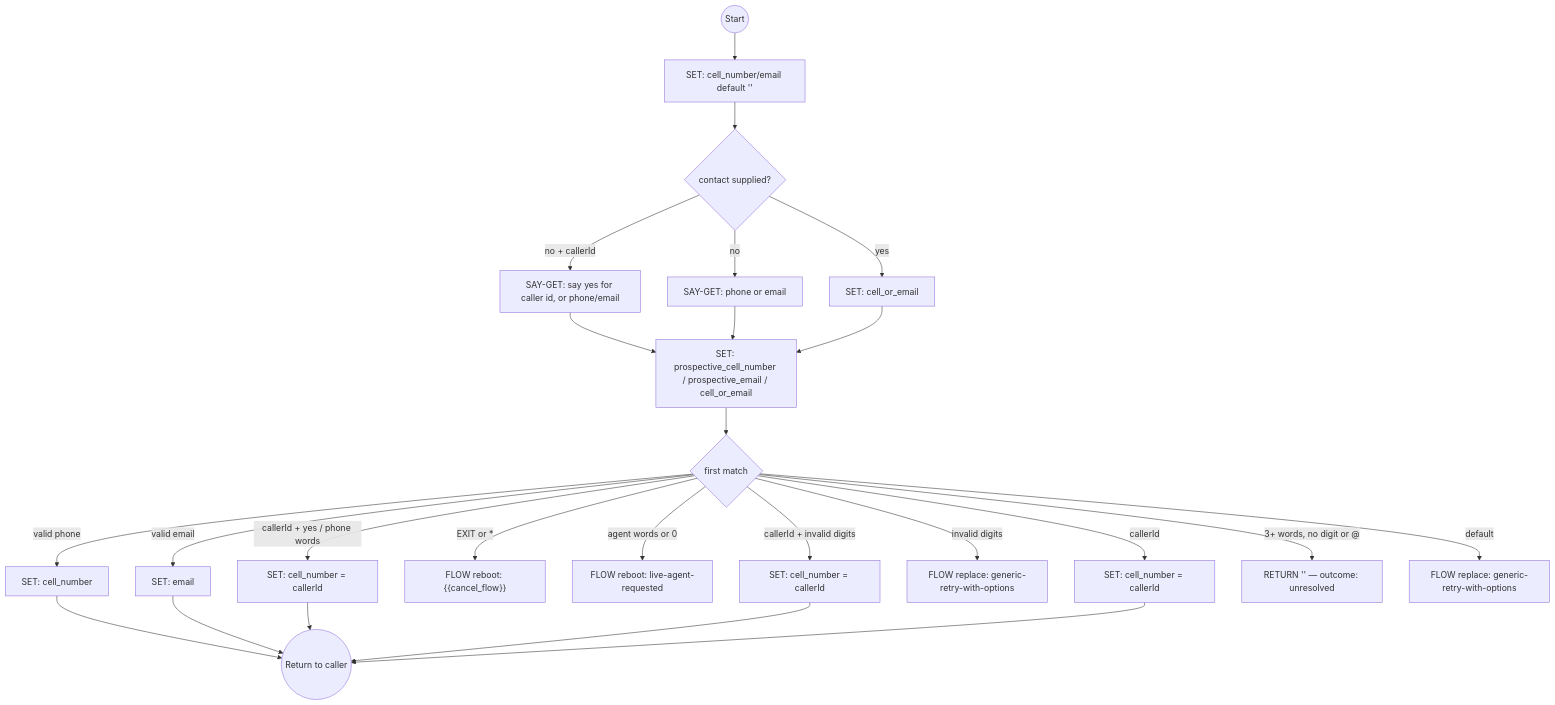
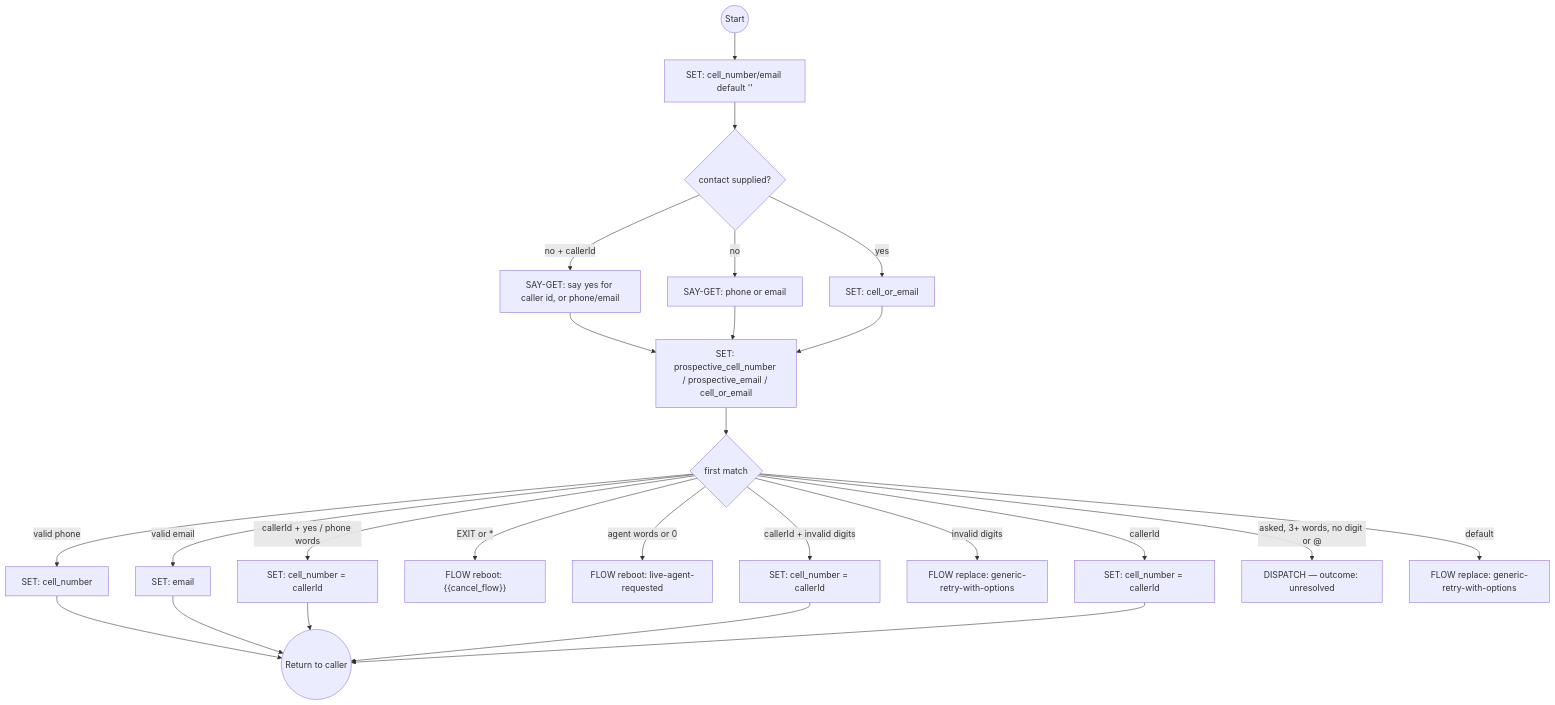
One commit to ronpinkas/jsfe changed the sixth of 11 diagrams in docs/system-flows.md. Above: the diagram before and after it, drawn with Mermaid. The commit also changed other lines of this file and 3 other files, not shown here.

Commit message:
flows + docs: the four DISPATCH sites (prod 2026-10-01 07:43Z)

````diff
--- a/docs/system-flows.md
+++ b/docs/system-flows.md
@@ -262,27 +262,27 @@
 ```mermaid
 graph TD
     start((Start)) --> guards[SET: cell_number/email default '']
     guards --> ask{contact supplied?}
     ask -->|no + callerId| ask_with_caller_id[SAY-GET: say yes for caller id, or phone/email]
     ask -->|no| ask_plain[SAY-GET: phone or email]
     ask -->|yes| use_provided[SET: cell_or_email]
     ask_with_caller_id --> normalize[SET: prospective_cell_number / prospective_email / cell_or_email]
     ask_plain --> normalize
     use_provided --> normalize
     normalize --> branch{first match}
     branch -->|valid phone| valid_phone[SET: cell_number]
     branch -->|valid email| valid_email[SET: email]
     branch -->|callerId + yes / phone words| use_caller_id[SET: cell_number = callerId]
     branch -->|EXIT or *| abort_process["FLOW reboot: {{cancel_flow}}"]
     branch -->|agent words or 0| goto_live_agent[FLOW reboot: live-agent-requested]
     branch -->|callerId + invalid digits| fallback_invalid[SET: cell_number = callerId]
     branch -->|invalid digits| invalid_phone[FLOW replace: generic-retry-with-options]
     branch -->|callerId| fallback_unrecognized[SET: cell_number = callerId]
-    branch -->|3+ words, no digit or @| off_topic["RETURN '' — outcome: unresolved"]
+    branch -->|asked, 3+ words, no digit or @| off_topic["DISPATCH — outcome: unresolved"]
     branch -->|default| retry[FLOW replace: generic-retry-with-options]
     valid_phone --> stop((Return to caller))
     valid_email --> stop
     use_caller_id --> stop
     fallback_invalid --> stop
     fallback_unrecognized --> stop
 ```
````
